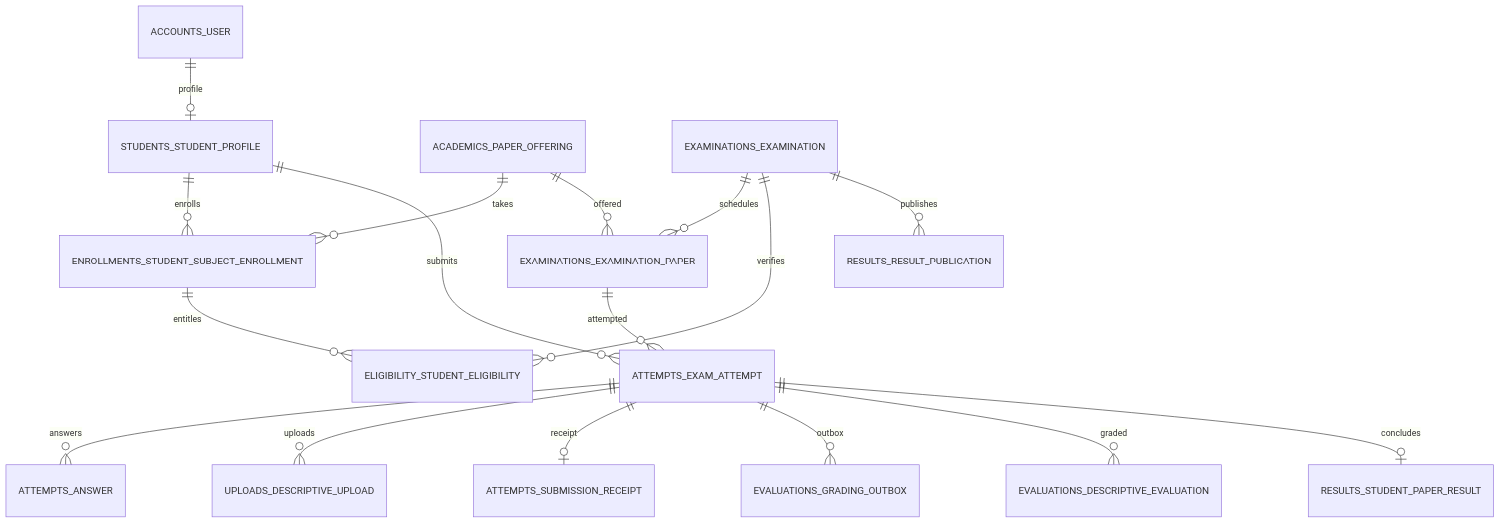
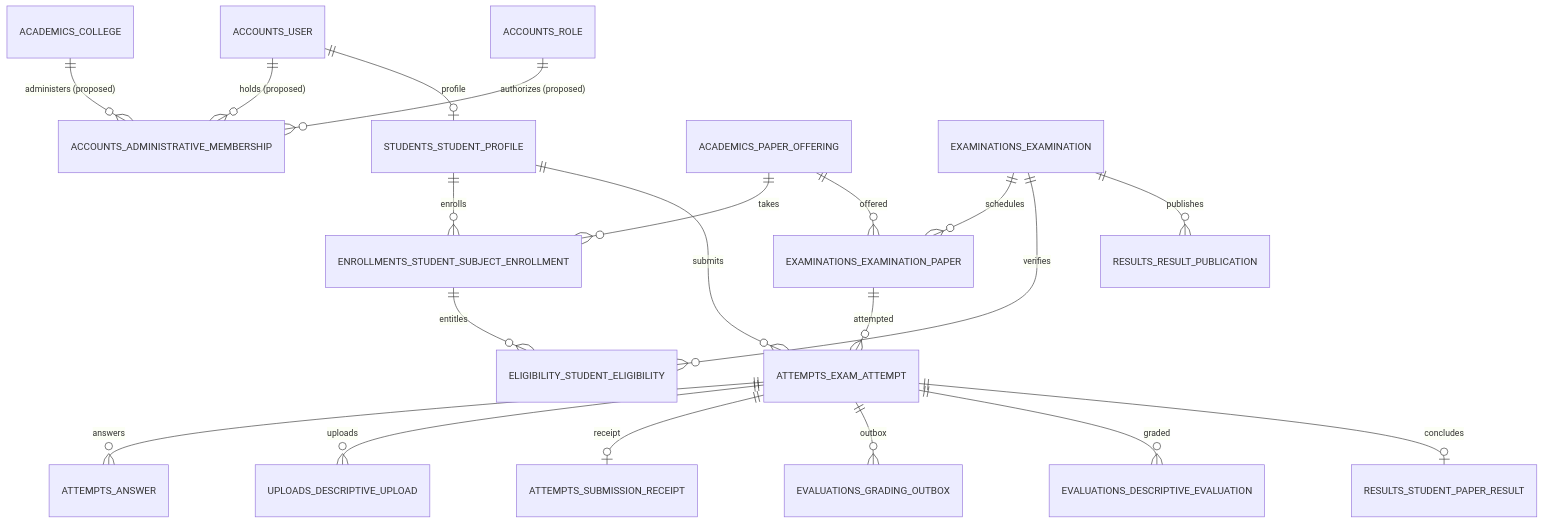
The seventh of 7 diagrams in docs/database-architecture.md (USER-00001-IND/college-online-examination-system), drawn with Mermaid before and after one commit. The commit also changed other lines of this file and 3 other files, not shown here.

Commit message:
docs(gate-a): reconcile architecture proposals and audit findings

````diff
--- a/docs/database-architecture.md
+++ b/docs/database-architecture.md
@@ -1953,24 +1986,28 @@
 ```mermaid
 erDiagram
+    ACCOUNTS_USER ||--o{ ACCOUNTS_ADMINISTRATIVE_MEMBERSHIP : "holds (proposed)"
+    ACADEMICS_COLLEGE ||--o{ ACCOUNTS_ADMINISTRATIVE_MEMBERSHIP : "administers (proposed)"
+    ACCOUNTS_ROLE ||--o{ ACCOUNTS_ADMINISTRATIVE_MEMBERSHIP : "authorizes (proposed)"
+
     ACCOUNTS_USER ||--o| STUDENTS_STUDENT_PROFILE : "profile"
     STUDENTS_STUDENT_PROFILE ||--o{ ENROLLMENTS_STUDENT_SUBJECT_ENROLLMENT : "enrolls"
     ACADEMICS_PAPER_OFFERING ||--o{ ENROLLMENTS_STUDENT_SUBJECT_ENROLLMENT : "takes"
     
     EXAMINATIONS_EXAMINATION ||--o{ EXAMINATIONS_EXAMINATION_PAPER : "schedules"
     ACADEMICS_PAPER_OFFERING ||--o{ EXAMINATIONS_EXAMINATION_PAPER : "offered"
     
     ENROLLMENTS_STUDENT_SUBJECT_ENROLLMENT ||--o{ ELIGIBILITY_STUDENT_ELIGIBILITY : "entitles"
     EXAMINATIONS_EXAMINATION ||--o{ ELIGIBILITY_STUDENT_ELIGIBILITY : "verifies"
     
     EXAMINATIONS_EXAMINATION_PAPER ||--o{ ATTEMPTS_EXAM_ATTEMPT : "attempted"
     STUDENTS_STUDENT_PROFILE ||--o{ ATTEMPTS_EXAM_ATTEMPT : "submits"
     
     ATTEMPTS_EXAM_ATTEMPT ||--o{ ATTEMPTS_ANSWER : "answers"
     ATTEMPTS_EXAM_ATTEMPT ||--o{ UPLOADS_DESCRIPTIVE_UPLOAD : "uploads"
     ATTEMPTS_EXAM_ATTEMPT ||--o| ATTEMPTS_SUBMISSION_RECEIPT : "receipt"
     ATTEMPTS_EXAM_ATTEMPT ||--o{ EVALUATIONS_GRADING_OUTBOX : "outbox"
     
     ATTEMPTS_EXAM_ATTEMPT ||--o{ EVALUATIONS_DESCRIPTIVE_EVALUATION : "graded"
     ATTEMPTS_EXAM_ATTEMPT ||--o| RESULTS_STUDENT_PAPER_RESULT : "concludes"
     EXAMINATIONS_EXAMINATION ||--o{ RESULTS_RESULT_PUBLICATION : "publishes"
 ```
````
